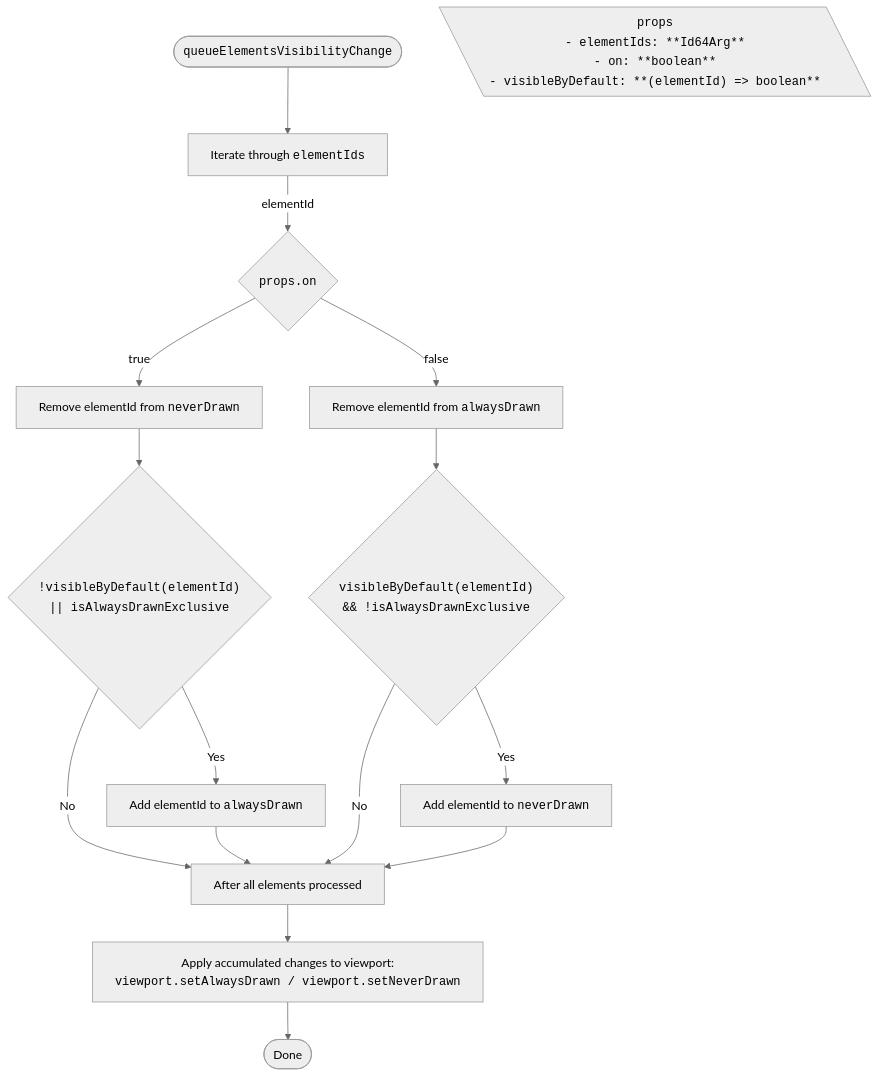
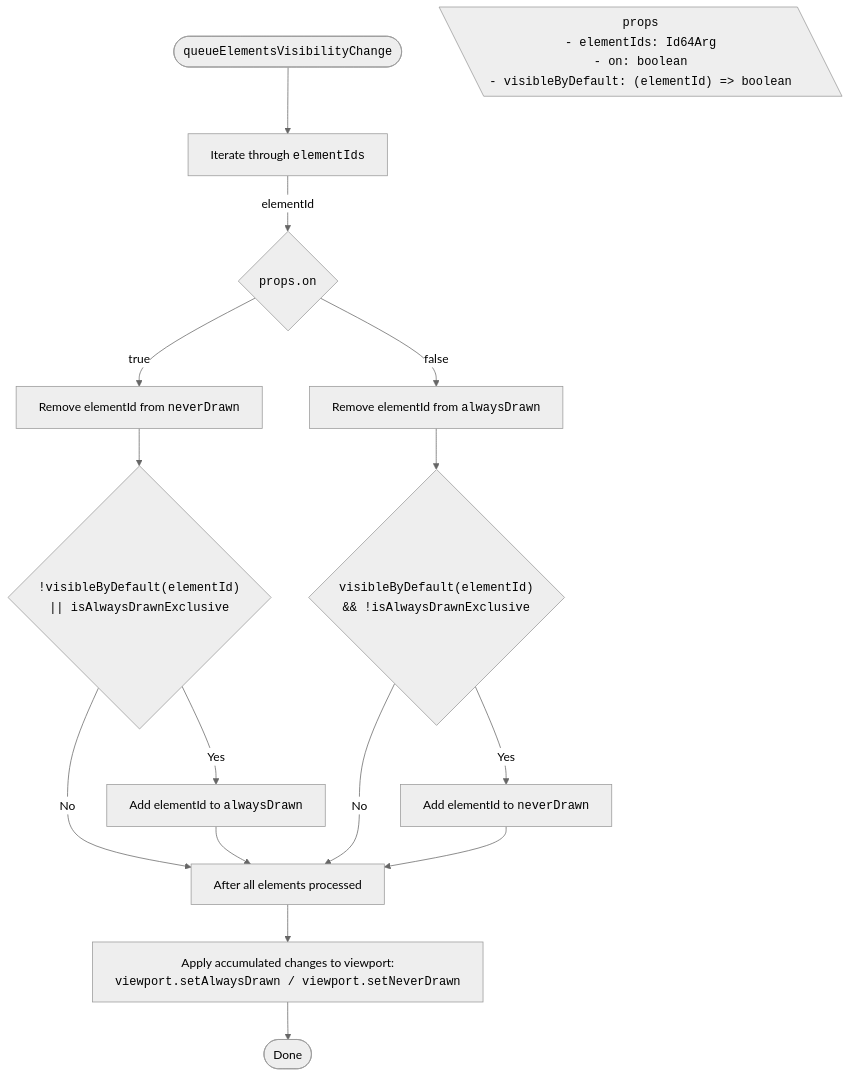
Diagram 13 of 14 in packages/itwin/tree-widget/docs/SharedVisibilityHandling.md (iTwin/viewer-components-react), drawn with Mermaid (neutral theme) before and after one commit. The commit also changed other lines of this file and 4 other files, not shown here.

````diff
--- a/packages/itwin/tree-widget/docs/SharedVisibilityHandling.md
+++ b/packages/itwin/tree-widget/docs/SharedVisibilityHandling.md
@@ -746,38 +838,38 @@
 ```mermaid
 ---
 config:
   flowchart:
     wrappingWidth: 750
     useMaxWidth: false
 ---
 
 flowchart TD
   RESULT_Done([Done])
 
   %% Start
   TITLE(["<code>queueElementsVisibilityChange</code>"]) --> A["Iterate through <code>elementIds</code>"]
 
   PROPS[\"
     <code>props</code>
-    <code style='text-align: left;'>- elementIds: **Id64Arg**<br/> - on: **boolean**<br/> - visibleByDefault: **(elementId) => boolean**</code>
+    <code style='text-align: left;'>- elementIds: Id64Arg<br/> - on: boolean<br/> - visibleByDefault: (elementId) => boolean</code>
   "\]
 
   A -- elementId --> B{"<code>props.on</code>"}
 
   %% Turn on
   B -- true --> C1["Remove elementId from <code>neverDrawn</code>"]
   C1 --> D1{"<code>!visibleByDefault(elementId)<br/> || isAlwaysDrawnExclusive</code>"}
   D1 -- Yes --> E1["Add elementId to <code>alwaysDrawn</code>"]
   D1 -- No --> F
   E1 --> F
 
   %% Turn off
   B -- false --> C2["Remove elementId from <code>alwaysDrawn</code>"]
   C2 --> D2{"<code>visibleByDefault(elementId)<br/> && !isAlwaysDrawnExclusive</code>"}
   D2 -- Yes --> E2["Add elementId to <code>neverDrawn</code>"]
   D2 -- No --> F
   E2 --> F
 
   F["After all elements processed"] --> G["Apply accumulated changes to viewport:<br/><code>viewport.setAlwaysDrawn / viewport.setNeverDrawn</code>"]
   G --> RESULT_Done
 ```
````
